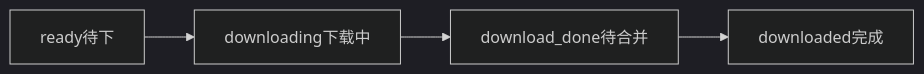
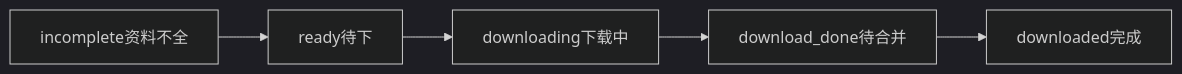
One commit to jeffmkw/Missav_ChromeTool changed the third of 3 diagrams in README.md. Above: the diagram before and after it, drawn with Mermaid (dark theme). The commit also changed other lines of this file, not shown here.

````diff
--- a/README.md
+++ b/README.md
@@ -94,6 +134,7 @@
 ```mermaid
 flowchart LR
-  ready[ready待下] --> downloading[downloading下载中]
+  incomplete[incomplete资料不全] --> ready[ready待下]
+  ready --> downloading[downloading下载中]
   downloading --> download_done[download_done待合并]
   download_done --> downloaded[downloaded完成]
 ```
````
